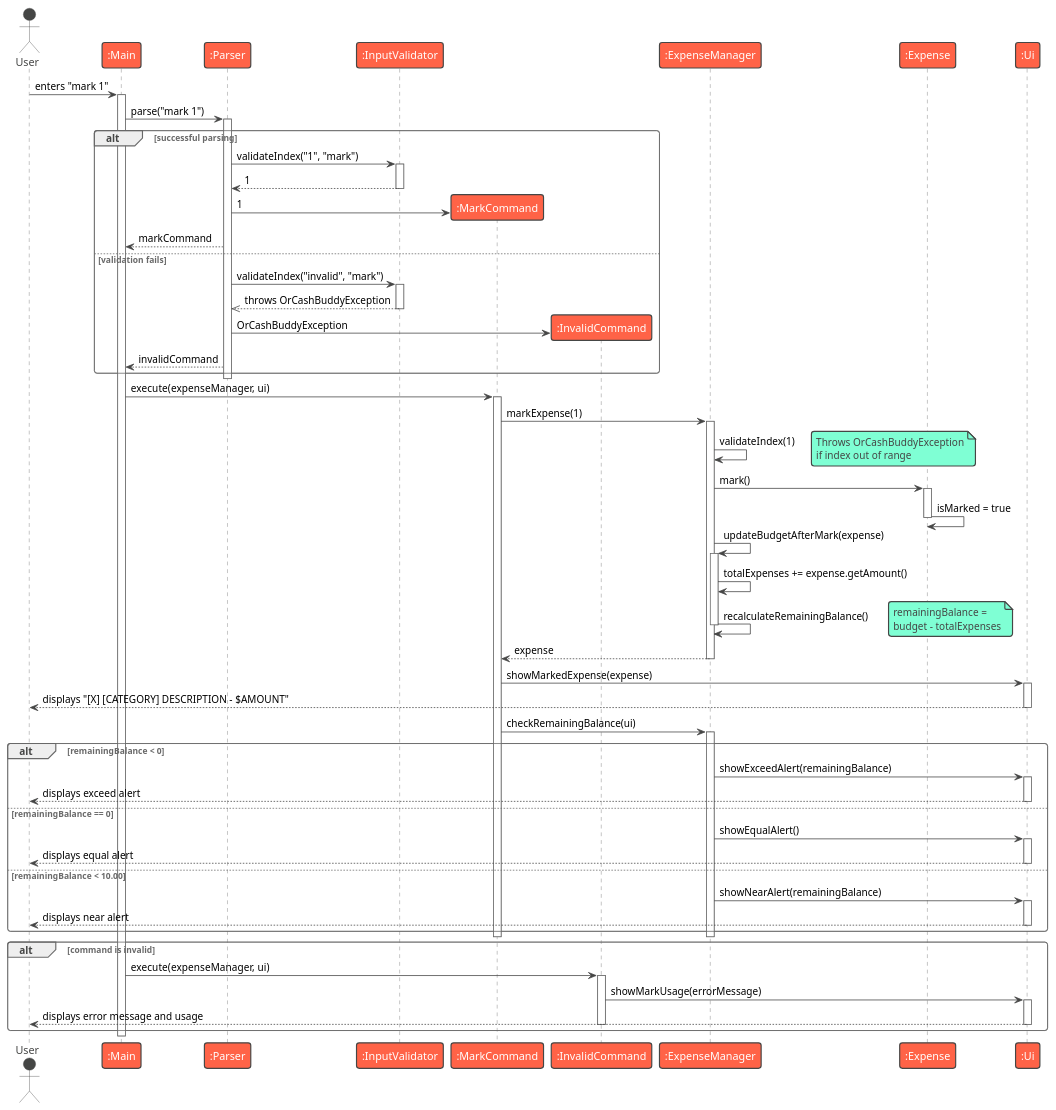
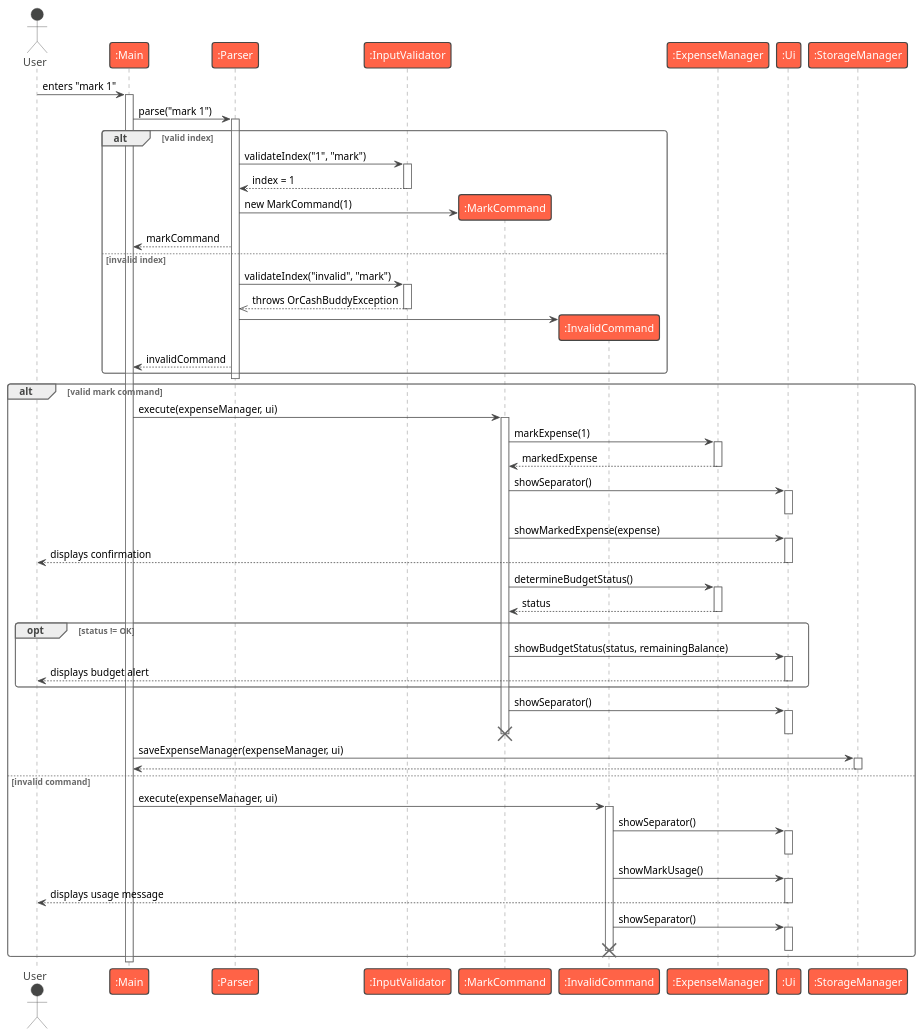
The diagram in docs/diagrams/mark-sequence.puml (aydrienlaw/tp), drawn with PlantUML before and after one commit.

Commit message:
docs: update mark sequence diagram to include storage management and budget status handling

```diff
--- a/docs/diagrams/mark-sequence.puml
+++ b/docs/diagrams/mark-sequence.puml
@@ -1,109 +1,106 @@
 @startuml
 !theme vibrant
 actor User
 participant ":Main" as Main
 participant ":Parser" as Parser
 participant ":InputValidator" as InputValidator
 participant ":MarkCommand" as MarkCommand
 participant ":InvalidCommand" as InvalidCommand
 participant ":ExpenseManager" as ExpenseManager
-participant ":Expense" as Expense
 participant ":Ui" as Ui
+participant ":StorageManager" as StorageManager
 
 User -> Main : enters "mark 1"
 activate Main
 
 Main -> Parser : parse("mark 1")
 activate Parser
 
-alt successful parsing
-
+alt valid index
     Parser -> InputValidator : validateIndex("1", "mark")
     activate InputValidator
-    InputValidator --> Parser : 1
+    InputValidator --> Parser : index = 1
     deactivate InputValidator
 
     create MarkCommand
-    Parser -> MarkCommand : 1
+    Parser -> MarkCommand : new MarkCommand(1)
     Parser --> Main : markCommand
 
-else validation fails
-
+else invalid index
     Parser -> InputValidator : validateIndex("invalid", "mark")
     activate InputValidator
     InputValidator -->> Parser : throws OrCashBuddyException
     deactivate InputValidator
 
     create InvalidCommand
-    Parser -> InvalidCommand : OrCashBuddyException
+    Parser -> InvalidCommand
     Parser --> Main : invalidCommand
-
 end
 
 deactivate Parser
 
-Main -> MarkCommand : execute(expenseManager, ui)
-activate MarkCommand
+alt valid mark command
+    Main -> MarkCommand : execute(expenseManager, ui)
+    activate MarkCommand
 
-MarkCommand -> ExpenseManager : markExpense(1)
-activate ExpenseManager
+    MarkCommand -> ExpenseManager : markExpense(1)
+    activate ExpenseManager
+    ExpenseManager --> MarkCommand : markedExpense
+    deactivate ExpenseManager
 
-ExpenseManager -> ExpenseManager : validateIndex(1)
-note right: Throws OrCashBuddyException\nif index out of range
+    MarkCommand -> Ui : showSeparator()
+    activate Ui
+    deactivate Ui
 
-ExpenseManager -> Expense : mark()
-activate Expense
-Expense -> Expense : isMarked = true
-deactivate Expense
+    MarkCommand -> Ui : showMarkedExpense(expense)
+    activate Ui
+    Ui --> User : displays confirmation
+    deactivate Ui
 
-ExpenseManager -> ExpenseManager : updateBudgetAfterMark(expense)
-activate ExpenseManager
-ExpenseManager -> ExpenseManager : totalExpenses += expense.getAmount()
-ExpenseManager -> ExpenseManager : recalculateRemainingBalance()
-note right: remainingBalance =\nbudget - totalExpenses
-deactivate ExpenseManager
+    MarkCommand -> ExpenseManager : determineBudgetStatus()
+    activate ExpenseManager
+    ExpenseManager --> MarkCommand : status
+    deactivate ExpenseManager
 
-ExpenseManager --> MarkCommand : expense
-deactivate ExpenseManager
+    opt status != OK
+        MarkCommand -> Ui : showBudgetStatus(status, remainingBalance)
+        activate Ui
+        Ui --> User : displays budget alert
+        deactivate Ui
+    end
 
-MarkCommand -> Ui : showMarkedExpense(expense)
-activate Ui
-Ui --> User : displays "[X] [CATEGORY] DESCRIPTION - $AMOUNT"
-deactivate Ui
+    MarkCommand -> Ui : showSeparator()
+    activate Ui
+    deactivate Ui
 
-MarkCommand -> ExpenseManager : checkRemainingBalance(ui)
-activate ExpenseManager
+    deactivate MarkCommand
+    destroy MarkCommand
 
-alt remainingBalance < 0
-    ExpenseManager -> Ui : showExceedAlert(remainingBalance)
-    activate Ui
-    Ui --> User : displays exceed alert
-    deactivate Ui
-else remainingBalance == 0
-    ExpenseManager -> Ui : showEqualAlert()
-    activate Ui
-    Ui --> User : displays equal alert
-    deactivate Ui
-else remainingBalance < 10.00
-    ExpenseManager -> Ui : showNearAlert(remainingBalance)
-    activate Ui
-    Ui --> User : displays near alert
-    deactivate Ui
-end
+    Main -> StorageManager : saveExpenseManager(expenseManager, ui)
+    activate StorageManager
+    StorageManager --> Main
+    deactivate StorageManager
 
-deactivate ExpenseManager
-
-deactivate MarkCommand
-
-alt command is invalid
+else invalid command
     Main -> InvalidCommand : execute(expenseManager, ui)
     activate InvalidCommand
-    InvalidCommand -> Ui : showMarkUsage(errorMessage)
+
+    InvalidCommand -> Ui : showSeparator()
     activate Ui
-    Ui --> User : displays error message and usage
     deactivate Ui
+
+    InvalidCommand -> Ui : showMarkUsage()
+    activate Ui
+    Ui --> User : displays usage message
+    deactivate Ui
+
+    InvalidCommand -> Ui : showSeparator()
+    activate Ui
+    deactivate Ui
+
     deactivate InvalidCommand
+    destroy InvalidCommand
 end
 
 deactivate Main
 @enduml
```
